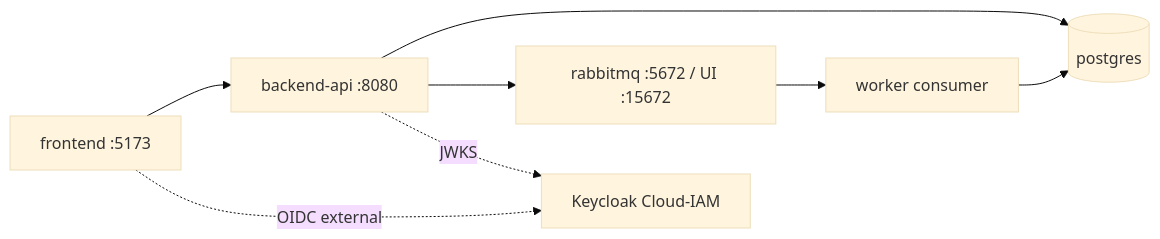
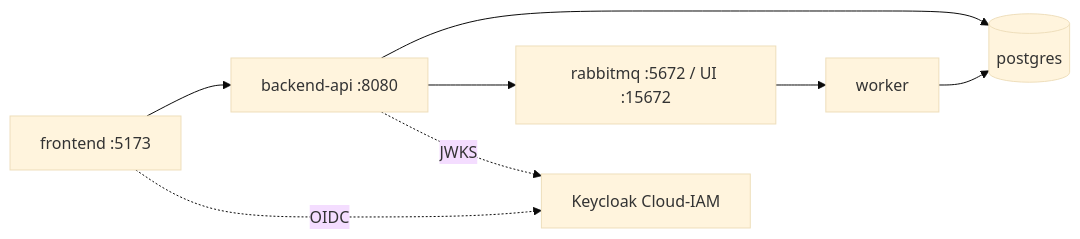
One commit to ChakerYaakoub/CyberWatch changed the second of 5 diagrams in README.md. Above: the diagram before and after it, drawn with Mermaid (base theme). The commit also changed other lines of this file and 7 other files, not shown here.

Commit message:
fix(docs): rewrite README for current stack and add planned architecture

````diff
--- a/README.md
+++ b/README.md
@@ -96,10 +91,10 @@
 ```mermaid
 flowchart LR
   FE[frontend :5173] --> API[backend-api :8080]
   API --> PG[(postgres)]
   API --> MQ[rabbitmq :5672 / UI :15672]
-  MQ --> W[worker consumer]
+  MQ --> W[worker]
   W --> PG
-  FE -.->|OIDC external| KC[Keycloak Cloud-IAM]
+  FE -.->|OIDC| KC[Keycloak Cloud-IAM]
   API -.->|JWKS| KC
 ```
````
